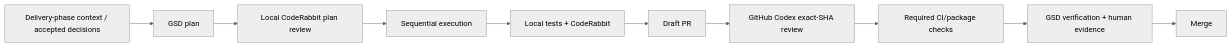
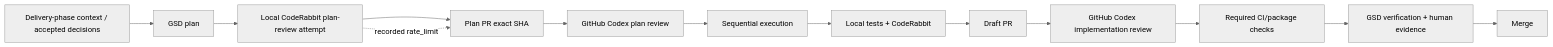
The first of 2 diagrams in docs/plans/uzel-product-incubation-v4-2026-08-10/04-DELIVERY-QUALITY.md (jodobear/uzel), drawn with Mermaid (neutral theme) before and after one commit. The commit also changed 17 other files, not shown here.

Commit message:
docs(01): address GitHub Codex plan review

````diff
--- a/docs/plans/uzel-product-incubation-v4-2026-08-10/04-DELIVERY-QUALITY.md
+++ b/docs/plans/uzel-product-incubation-v4-2026-08-10/04-DELIVERY-QUALITY.md
@@ -52,15 +52,18 @@
 ```mermaid
 flowchart LR
     C[Delivery-phase context / accepted decisions]
     P[GSD plan]
-    R[Local CodeRabbit plan review]
+    R[Local CodeRabbit plan-review attempt]
+    PPR[Plan PR exact SHA]
+    PRX[GitHub Codex plan review]
     X[Sequential execution]
     L[Local tests + CodeRabbit]
     PR[Draft PR]
-    CX[GitHub Codex exact-SHA review]
+    CX[GitHub Codex implementation review]
     CI[Required CI/package checks]
     V[GSD verification + human evidence]
     M[Merge]
 
-    C --> P --> R --> X --> L --> PR --> CX --> CI --> V --> M
+    C --> P --> R --> PPR --> PRX --> X --> L --> PR --> CX --> CI --> V --> M
+    R -. recorded rate_limit .-> PPR
 ```
````
